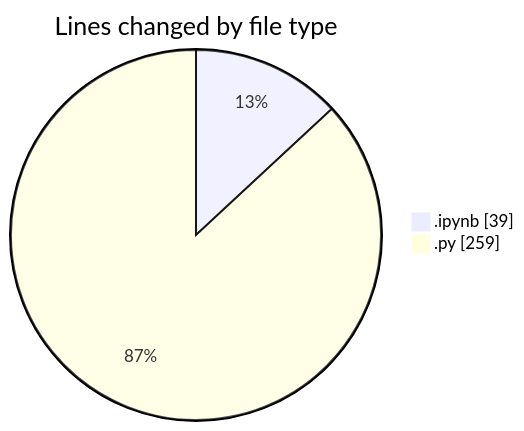
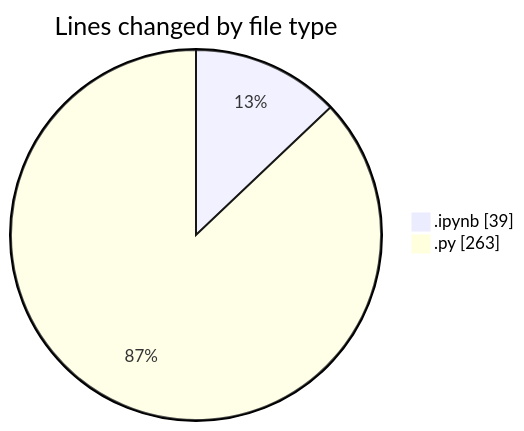
One commit to MatusMokan/code-tracking changed the first of 2 diagrams in 2025-03-15/myws__workspace_/README.md. Above: the diagram before and after it, drawn with Mermaid. The commit also changed other lines of this file and 1 other file, not shown here.

````diff
--- a/2025-03-15/myws__workspace_/README.md
+++ b/2025-03-15/myws__workspace_/README.md
@@ -21,6 +21,6 @@
 ```mermaid
 pie showData
 title Lines changed by file type
 ".ipynb" : 39
-".py" : 259
+".py" : 263
 ```
````
